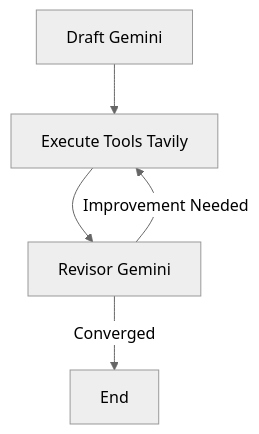
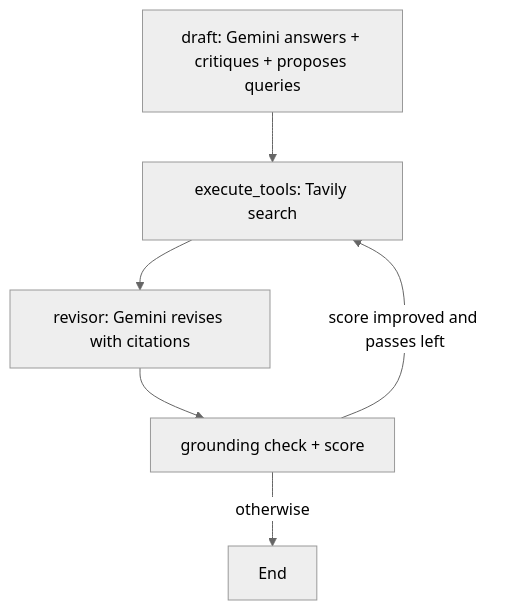
Before and after one commit to LasyaRamachandruni/Neural-Reflexion-Agent: the diagram in README.md, drawn with Mermaid (neutral theme). The commit also changed other lines of this file, not shown here.

````diff
--- a/README.md
+++ b/README.md
@@ -22,7 +9,8 @@
 ```mermaid
 graph TD
-    A[Draft Gemini] --> B[Execute Tools Tavily]
-    B --> C[Revisor Gemini]
-    C -->|Improvement Needed| B
-    C -->|Converged| D[End]
+    A[draft: Gemini answers + critiques + proposes queries] --> B[execute_tools: Tavily search]
+    B --> C[revisor: Gemini revises with citations]
+    C --> G[grounding check + score]
+    G -->|score improved and passes left| B
+    G -->|otherwise| D[End]
 ```
````
